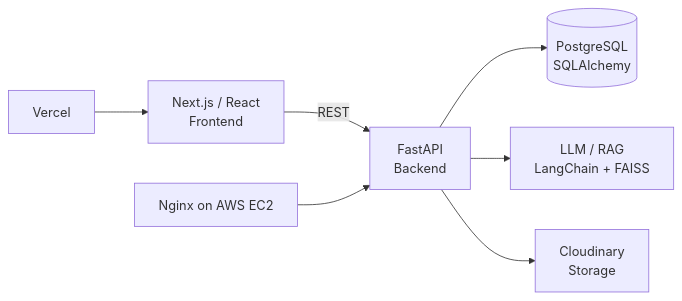
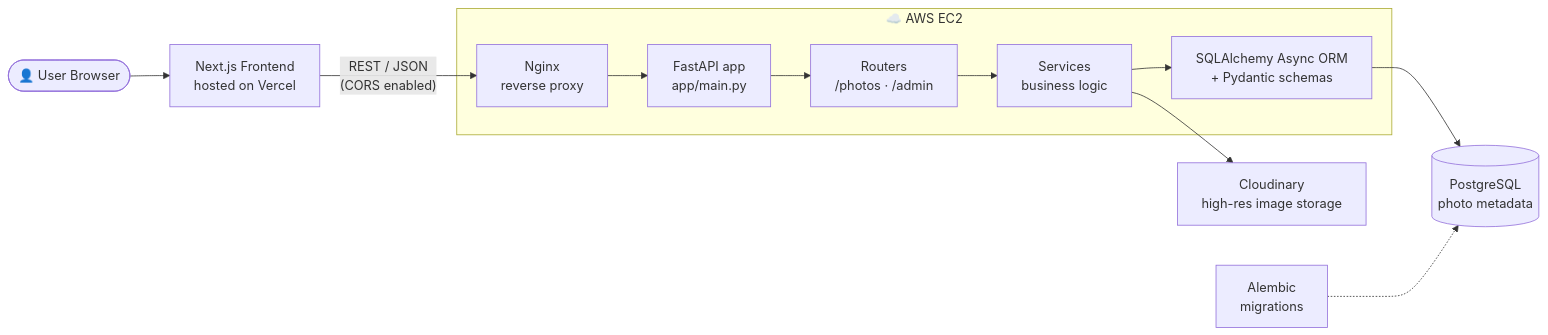
Before and after one commit to AdwaitaNarayan/AdwaitaNarayan: the first of 2 diagrams in README.md, drawn with Mermaid. The commit also changed other lines of this file, not shown here.

First line of the commit message:
Rename sections and enhance diagrams in README

````diff
--- a/README.md
+++ b/README.md
@@ -50,9 +50,16 @@
 ```mermaid
 flowchart LR
-    A[Next.js / React<br/>Frontend] -->|REST| B[FastAPI<br/>Backend]
-    B --> C[(PostgreSQL<br/>SQLAlchemy)]
-    B --> D[LLM / RAG<br/>LangChain + FAISS]
-    B --> E[Cloudinary<br/>Storage]
-    F[Nginx on AWS EC2] --> B
-    G[Vercel] --> A
+    U(["👤 User Browser"]) --> FE["Next.js Frontend<br/>hosted on Vercel"]
+    FE -- "REST / JSON<br/>(CORS enabled)" --> NG["Nginx<br/>reverse proxy"]
+
+    subgraph EC2 ["☁️ AWS EC2"]
+        NG --> API["FastAPI app<br/>app/main.py"]
+        API --> R["Routers<br/>/photos · /admin"]
+        R --> SV["Services<br/>business logic"]
+        SV --> ORM["SQLAlchemy Async ORM<br/>+ Pydantic schemas"]
+    end
+
+    ORM --> DB[("PostgreSQL<br/>photo metadata")]
+    AL["Alembic<br/>migrations"] -.-> DB
+    SV --> CL["Cloudinary<br/>high-res image storage"]
 ```
````
